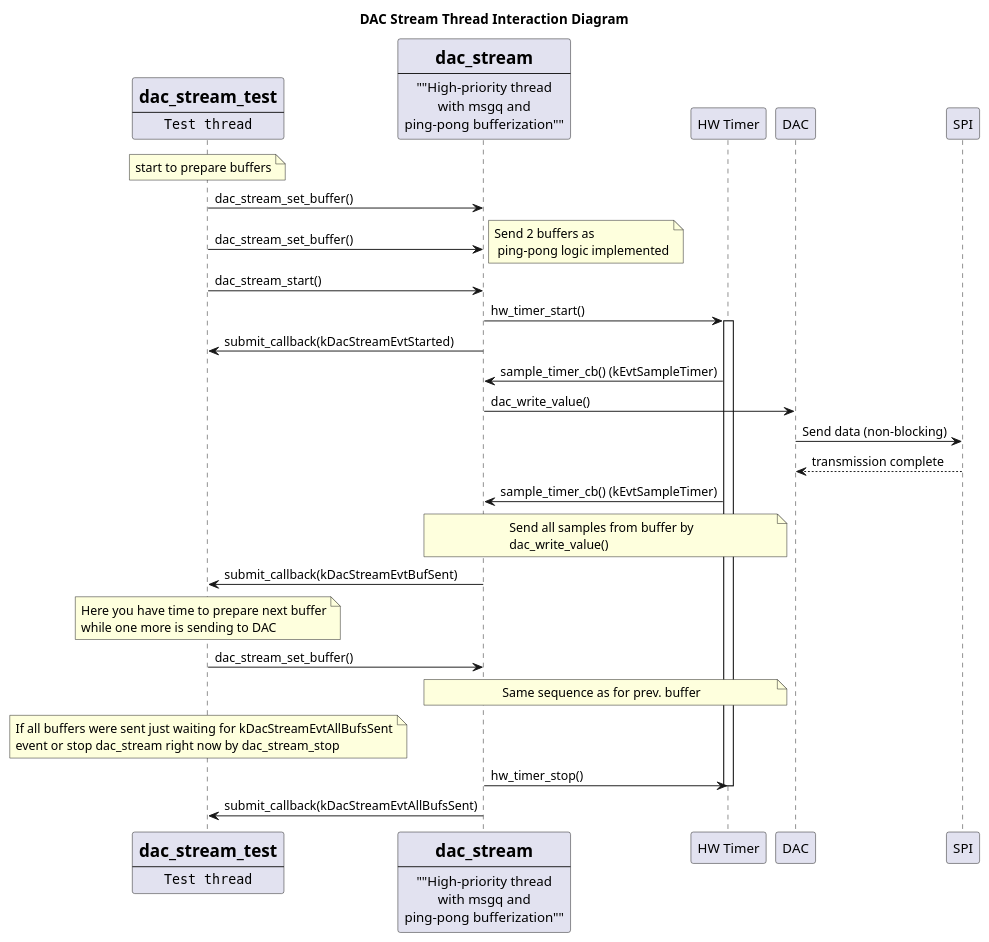
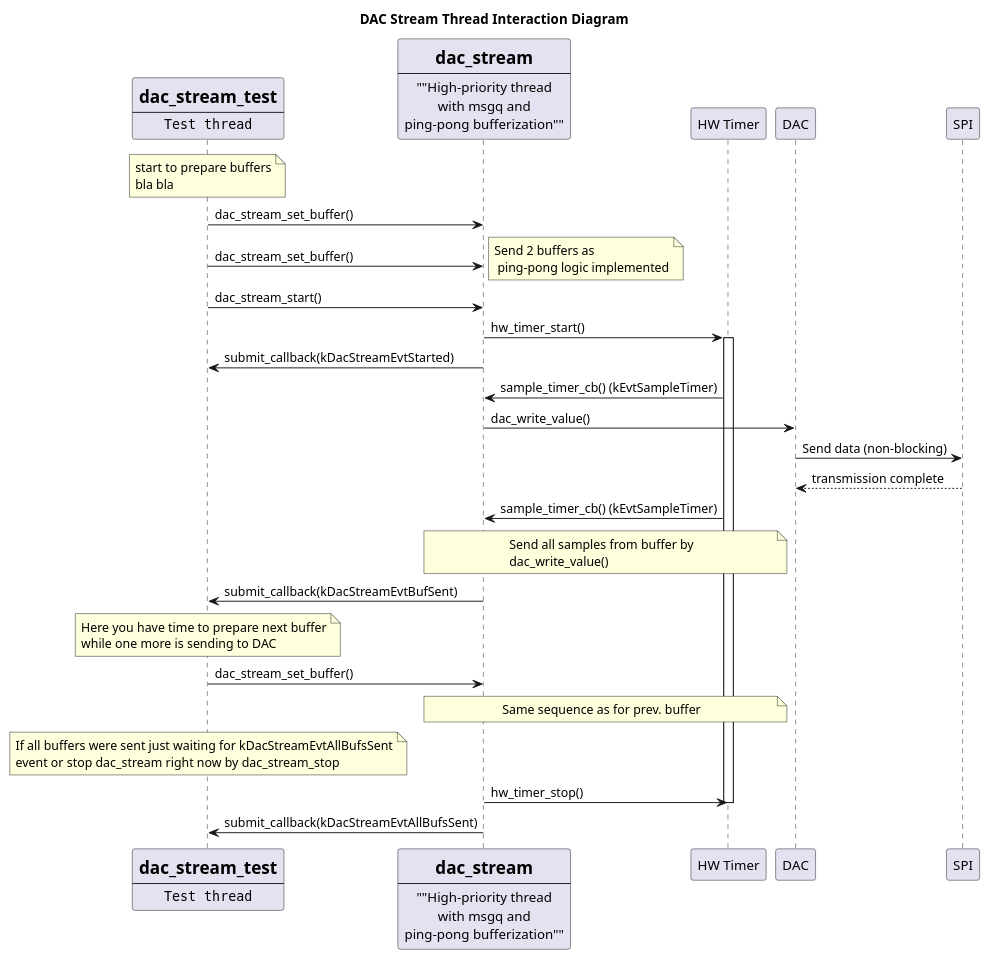
One commit to aleksejshch/puml-rendering-test changed the diagram in docs/dac_stream_test_interaction.puml. Above: the diagram before and after it, drawn with PlantUML.

Commit message:
try fix puml

```diff
--- a/docs/dac_stream_test_interaction.puml
+++ b/docs/dac_stream_test_interaction.puml
@@ -1,57 +1,58 @@
 @startuml
 title DAC Stream Thread Interaction Diagram
 
 participant TestThread [
 =dac_stream_test
 ----
 ""Test thread""
 ]
 participant StreamThread [
 =dac_stream
 ----
 ""High-priority thread
 with msgq and
 ping-pong bufferization""
 ]
 participant "HW Timer" as Timer
 participant "DAC" as DAC
 participant "SPI" as SPI
 
 note over TestThread
 start to prepare buffers
+bla bla
 end note
 TestThread -> StreamThread : dac_stream_set_buffer()
 TestThread -> StreamThread : dac_stream_set_buffer()
 note right: Send 2 buffers as \n ping-pong logic implemented
 TestThread -> StreamThread : dac_stream_start()
 StreamThread -> Timer : hw_timer_start()
 activate Timer
 StreamThread -> TestThread : submit_callback(kDacStreamEvtStarted)
 Timer -> StreamThread : sample_timer_cb() (kEvtSampleTimer)
 StreamThread -> DAC : dac_write_value()
 DAC -> SPI : Send data (non-blocking)
 SPI --> DAC : transmission complete
 Timer -> StreamThread : sample_timer_cb() (kEvtSampleTimer)
 note over StreamThread, Timer
 Send all samples from buffer by
 dac_write_value()
 end note
 StreamThread -> TestThread : submit_callback(kDacStreamEvtBufSent)
 note over TestThread
 Here you have time to prepare next buffer
 while one more is sending to DAC
 end note
 TestThread -> StreamThread : dac_stream_set_buffer()
 note over StreamThread, Timer
 Same sequence as for prev. buffer
 end note
 note over TestThread
 If all buffers were sent just waiting for kDacStreamEvtAllBufsSent
 event or stop dac_stream right now by dac_stream_stop
 end note
 StreamThread -> Timer : hw_timer_stop()
 deactivate Timer 
 StreamThread -> TestThread : submit_callback(kDacStreamEvtAllBufsSent)
 
 
 @enduml
```
